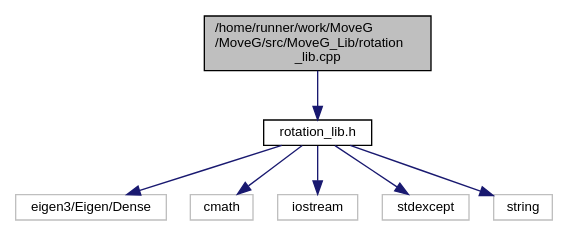
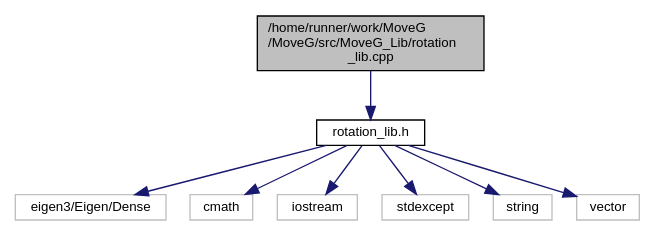
Before and after one commit to GiorgioMedico/MoveG: the diagram in rotation__lib_8cpp__incl.dot, drawn with Graphviz. The commit also changed 3 other files, not shown here.

```diff
--- a/rotation__lib_8cpp__incl.dot
+++ b/rotation__lib_8cpp__incl.dot
@@ -1,19 +1,21 @@
 digraph "/home/runner/work/MoveG/MoveG/src/MoveG_Lib/rotation_lib.cpp"
 {
  // LATEX_PDF_SIZE
   edge [fontname="Helvetica",fontsize="10",labelfontname="Helvetica",labelfontsize="10"];
   node [fontname="Helvetica",fontsize="10",shape=record];
   Node1 [label="/home/runner/work/MoveG\l/MoveG/src/MoveG_Lib/rotation\l_lib.cpp",height=0.2,width=0.4,color="black", fillcolor="grey75", style="filled", fontcolor="black",tooltip=" "];
   Node1 -> Node2 [color="midnightblue",fontsize="10",style="solid",fontname="Helvetica"];
   Node2 [label="rotation_lib.h",height=0.2,width=0.4,color="black", fillcolor="white", style="filled",URL="$rotation__lib_8h.html",tooltip=" "];
   Node2 -> Node3 [color="midnightblue",fontsize="10",style="solid",fontname="Helvetica"];
   Node3 [label="eigen3/Eigen/Dense",height=0.2,width=0.4,color="grey75", fillcolor="white", style="filled",tooltip=" "];
   Node2 -> Node4 [color="midnightblue",fontsize="10",style="solid",fontname="Helvetica"];
   Node4 [label="cmath",height=0.2,width=0.4,color="grey75", fillcolor="white", style="filled",tooltip=" "];
   Node2 -> Node5 [color="midnightblue",fontsize="10",style="solid",fontname="Helvetica"];
   Node5 [label="iostream",height=0.2,width=0.4,color="grey75", fillcolor="white", style="filled",tooltip=" "];
   Node2 -> Node6 [color="midnightblue",fontsize="10",style="solid",fontname="Helvetica"];
   Node6 [label="stdexcept",height=0.2,width=0.4,color="grey75", fillcolor="white", style="filled",tooltip=" "];
   Node2 -> Node7 [color="midnightblue",fontsize="10",style="solid",fontname="Helvetica"];
   Node7 [label="string",height=0.2,width=0.4,color="grey75", fillcolor="white", style="filled",tooltip=" "];
+  Node2 -> Node8 [color="midnightblue",fontsize="10",style="solid",fontname="Helvetica"];
+  Node8 [label="vector",height=0.2,width=0.4,color="grey75", fillcolor="white", style="filled",tooltip=" "];
 }
```
